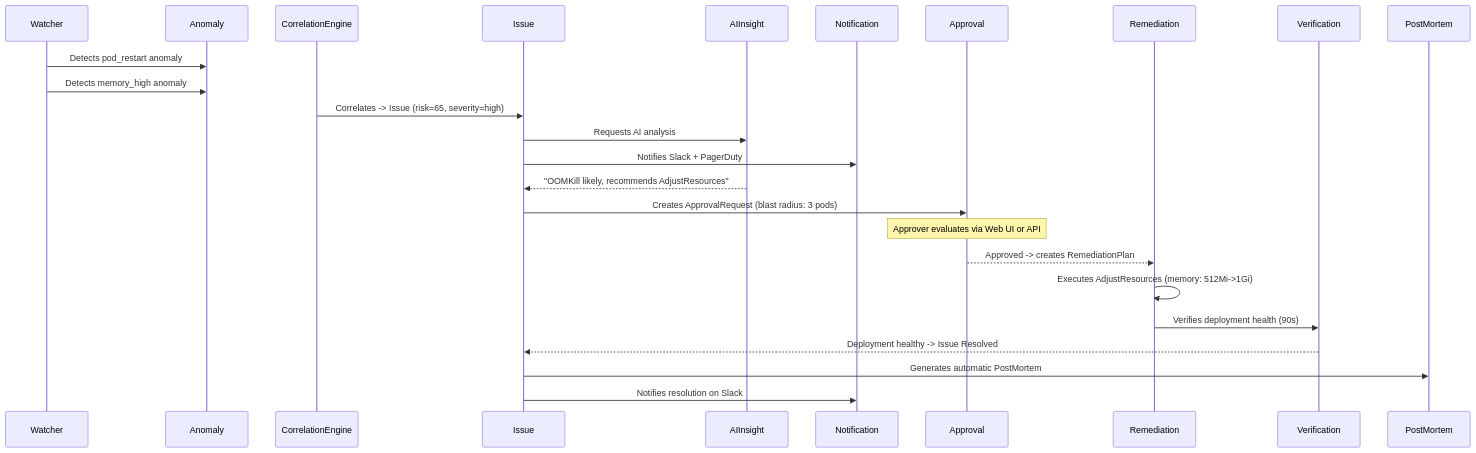
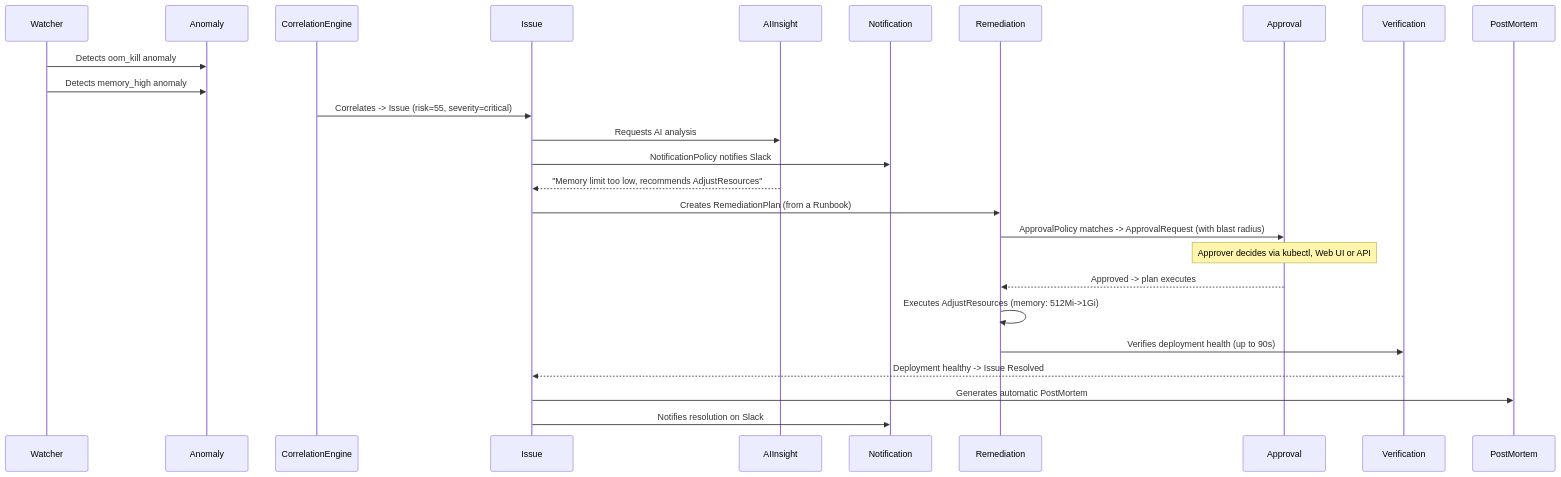
One commit to diillson/chatcli.ai changed the diagram in cookbook/aiops-incident-response.mdx. Above: the diagram before and after it, drawn with Mermaid. The commit also changed other lines of this file and 126 other files, not shown here.

````diff
--- a/cookbook/aiops-incident-response.mdx
+++ b/cookbook/aiops-incident-response.mdx
@@ -14,28 +16,29 @@
 ```mermaid
 sequenceDiagram
     participant W as Watcher
     participant A as Anomaly
     participant CE as CorrelationEngine
     participant I as Issue
     participant AI as AIInsight
     participant N as Notification
+    participant R as Remediation
     participant AP as Approval
-    participant R as Remediation
     participant V as Verification
     participant PM as PostMortem
 
-    W->>A: Detects pod_restart anomaly
+    W->>A: Detects oom_kill anomaly
     W->>A: Detects memory_high anomaly
-    CE->>I: Correlates -> Issue (risk=65, severity=high)
+    CE->>I: Correlates -> Issue (risk=55, severity=critical)
     I->>AI: Requests AI analysis
-    I->>N: Notifies Slack + PagerDuty
-    AI-->>I: "OOMKill likely, recommends AdjustResources"
-    I->>AP: Creates ApprovalRequest (blast radius: 3 pods)
-    Note over AP: Approver evaluates via Web UI or API
-    AP-->>R: Approved -> creates RemediationPlan
+    I->>N: NotificationPolicy notifies Slack
+    AI-->>I: "Memory limit too low, recommends AdjustResources"
+    I->>R: Creates RemediationPlan (from a Runbook)
+    R->>AP: ApprovalPolicy matches -> ApprovalRequest (with blast radius)
+    Note over AP: Approver decides via kubectl, Web UI or API
+    AP-->>R: Approved -> plan executes
     R->>R: Executes AdjustResources (memory: 512Mi->1Gi)
-    R->>V: Verifies deployment health (90s)
+    R->>V: Verifies deployment health (up to 90s)
     V-->>I: Deployment healthy -> Issue Resolved
     I->>PM: Generates automatic PostMortem
     I->>N: Notifies resolution on Slack
 ```
````
